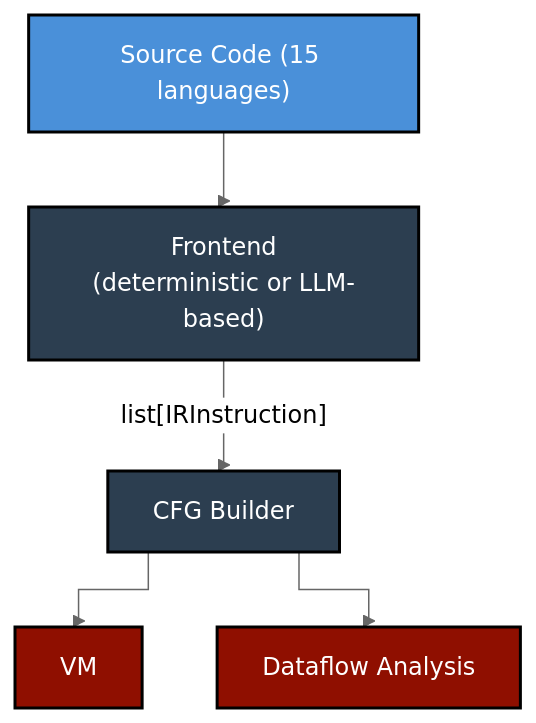
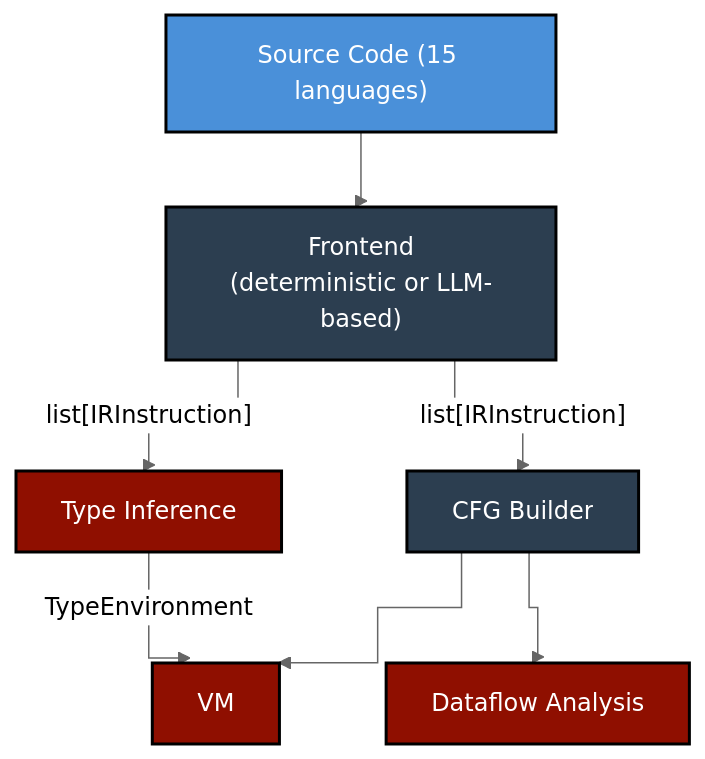
The first of 8 diagrams in _posts/2026-03-01-designing-reddragon-multi-language-code-analysis.md (asengupta/avishek.net), drawn with Mermaid (neutral theme) before and after one commit. The commit also changed other lines of this file, not shown here.

````diff
--- a/_posts/2026-03-01-designing-reddragon-multi-language-code-analysis.md
+++ b/_posts/2026-03-01-designing-reddragon-multi-language-code-analysis.md
@@ -69,13 +71,16 @@
 ```mermaid
 %%{ init: { "flowchart": { "curve": "stepBefore" } } }%%
 flowchart TD
 src["Source Code (15 languages)"]-->frontend["Frontend<br/>(deterministic or LLM-based)"]
 frontend-->|"list[IRInstruction]"|cfg["CFG Builder"]
-cfg-->vm["VM"]
+frontend-->|"list[IRInstruction]"|typeinf["Type Inference"]
+typeinf-->|"TypeEnvironment"|vm["VM"]
+cfg-->vm
 cfg-->dataflow["Dataflow Analysis"]
 style src fill:#4a90d9,stroke:#000,stroke-width:2px,color:#fff
 style frontend fill:#2c3e50,stroke:#000,stroke-width:2px,color:#fff
 style cfg fill:#2c3e50,stroke:#000,stroke-width:2px,color:#fff
 style vm fill:#8f0f00,stroke:#000,stroke-width:2px,color:#fff
+style typeinf fill:#8f0f00,stroke:#000,stroke-width:2px,color:#fff
 style dataflow fill:#8f0f00,stroke:#000,stroke-width:2px,color:#fff
 ```
````
